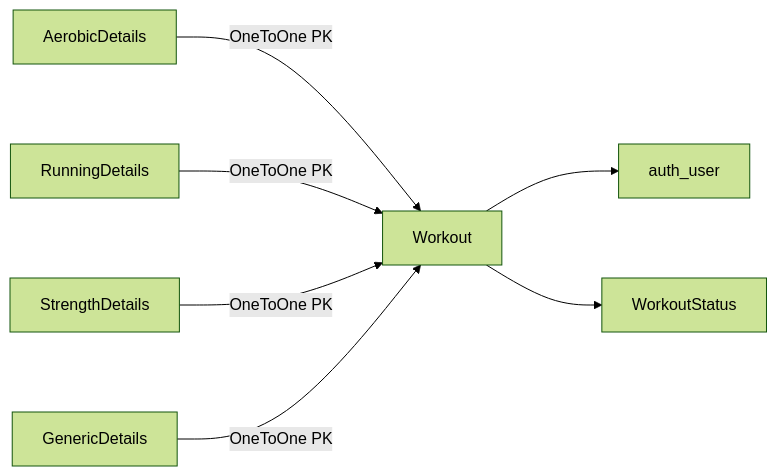
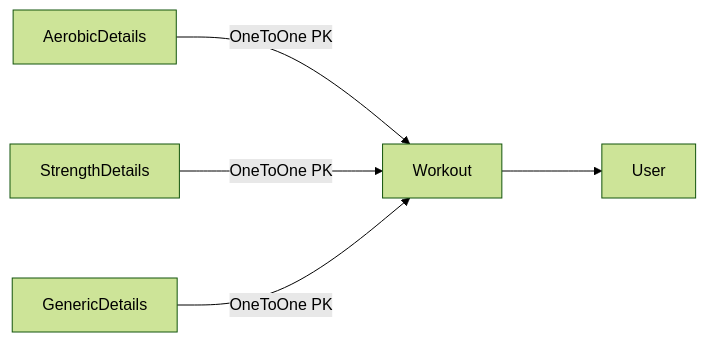
Before and after one commit to andreas-thoren/phase-runner: the first of 2 diagrams in docs/schema_diagrams.md, drawn with Mermaid (forest theme). The commit also changed other lines of this file, not shown here.

First line of the commit message:
Update schema diagrams to match current models

````diff
--- a/docs/schema_diagrams.md
+++ b/docs/schema_diagrams.md
@@ -5,20 +5,15 @@
 ```mermaid
 %%{init: {'flowchart': {'nodeSpacing': 80, 'rankSpacing': 100}} }%%
 flowchart LR
-  U[auth_user]
-  WS[WorkoutStatus]
+  U[User]
   W[Workout]
-
   AD[AerobicDetails]
-  RD[RunningDetails]
   SD[StrengthDetails]
   GD[GenericDetails]
 
   W --> U
-  W --> WS
 
   AD -->|OneToOne PK| W
-  RD -->|OneToOne PK| W
   SD -->|OneToOne PK| W
   GD -->|OneToOne PK| W
 ```
````
